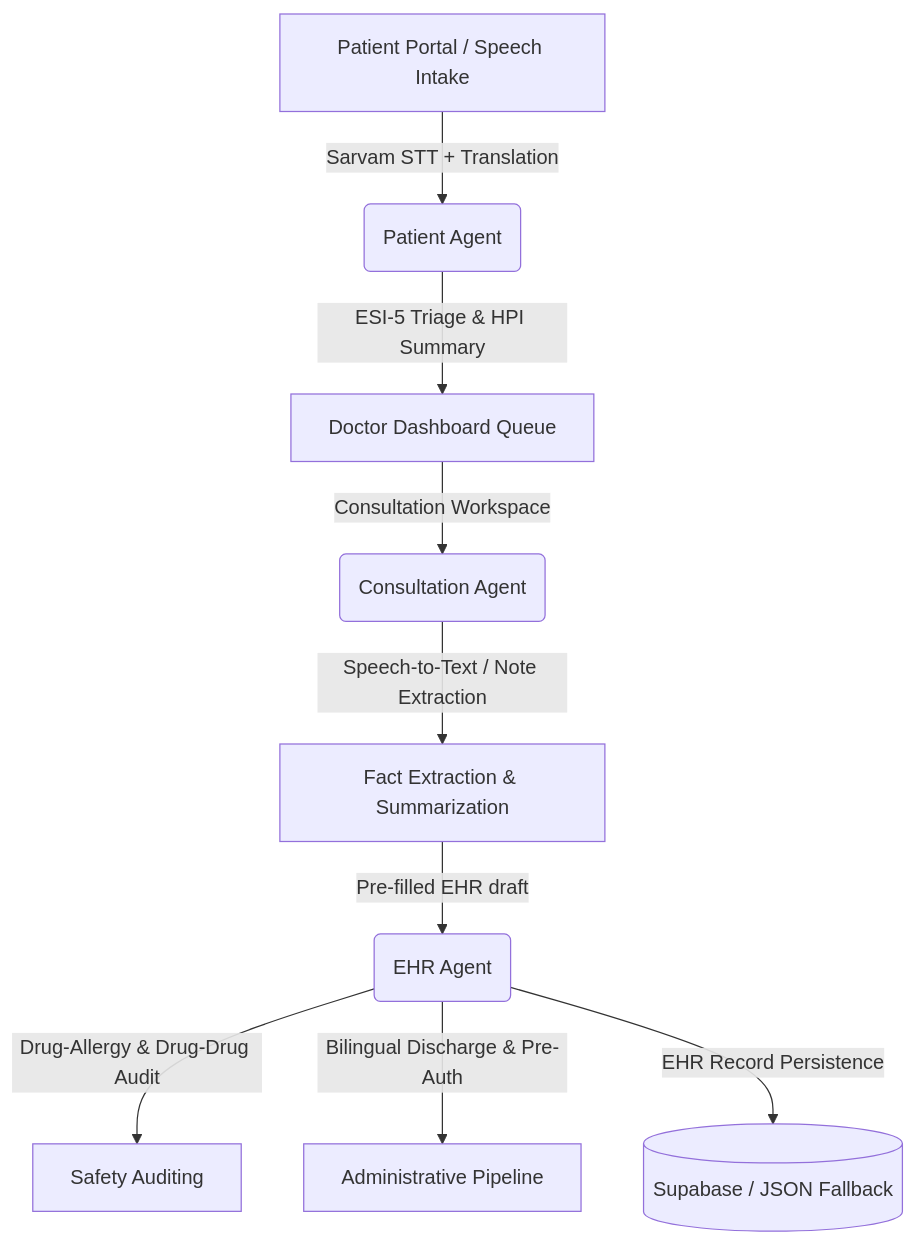
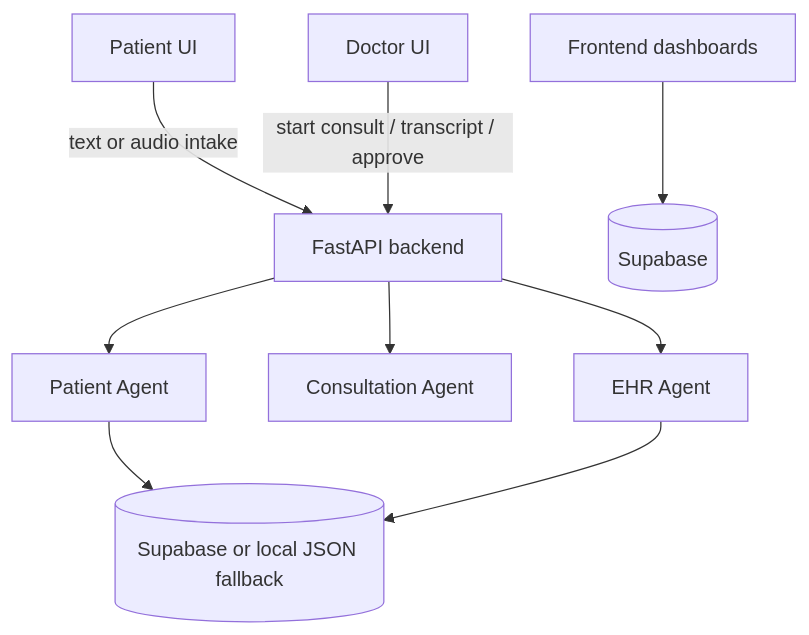
The diagram in README.md (anonymousghost9999/mediagent), drawn with Mermaid before and after one commit. The commit also changed other lines of this file, not shown here.

````diff
--- a/README.md
+++ b/README.md
@@ -13,11 +27,11 @@
 ```mermaid
-graph TD
-    A[Patient Portal / Speech Intake] -->|Sarvam STT + Translation| B(Patient Agent)
-    B -->|ESI-5 Triage & HPI Summary| C[Doctor Dashboard Queue]
-    C -->|Consultation Workspace| D(Consultation Agent)
-    D -->|Speech-to-Text / Note Extraction| E[Fact Extraction & Summarization]
-    E -->|Pre-filled EHR draft| F(EHR Agent)
-    F -->|Drug-Allergy & Drug-Drug Audit| G[Safety Auditing]
-    F -->|Bilingual Discharge & Pre-Auth| H[Administrative Pipeline]
-    F -->|EHR Record Persistence| I[(Supabase / JSON Fallback)]
+flowchart TD
+    P[Patient UI] -->|text or audio intake| API[FastAPI backend]
+    API --> PA[Patient Agent]
+    PA --> DB[(Supabase or local JSON fallback)]
+    D[Doctor UI] -->|start consult / transcript / approve| API
+    API --> CA[Consultation Agent]
+    API --> EA[EHR Agent]
+    EA --> DB
+    UI[Frontend dashboards] --> SB[(Supabase)]
 ```
````
